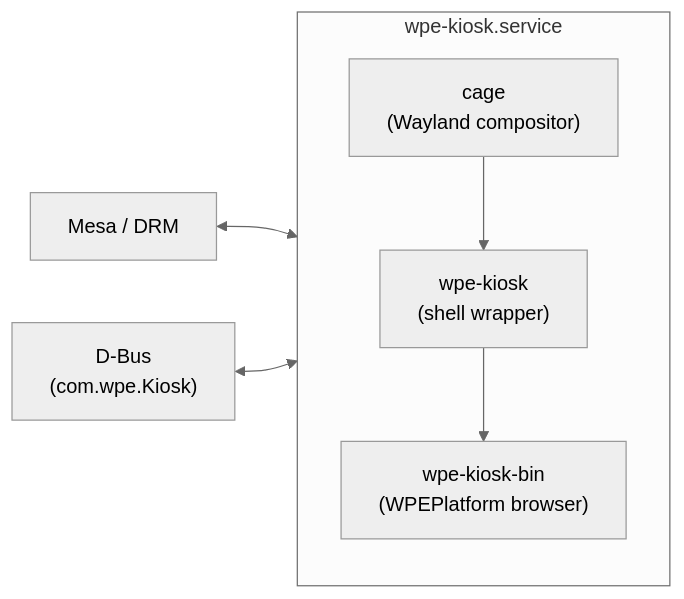
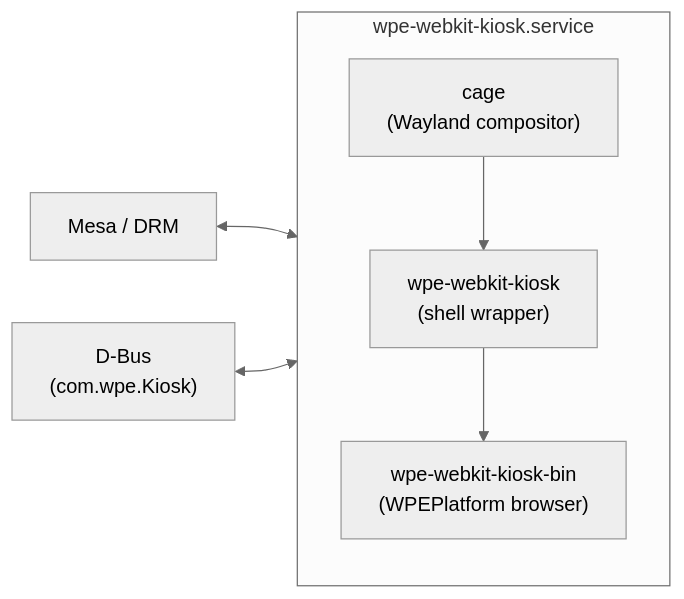
Before and after one commit to tomasz-mizak/wpe-webkit-kiosk: the first of 2 diagrams in README.md, drawn with Mermaid (neutral theme). The commit also changed other lines of this file and 5 other files, not shown here.

First line of the commit message:
refactor: rename package from wpe-kiosk to wpe-webkit-kiosk

````diff
--- a/README.md
+++ b/README.md
@@ -66,14 +66,14 @@
 ```mermaid
 flowchart LR
-    subgraph Service["wpe-kiosk.service"]
+    subgraph Service["wpe-webkit-kiosk.service"]
         direction TB
         CAGE["cage\n(Wayland compositor)"]
-        WRAPPER["wpe-kiosk\n(shell wrapper)"]
-        BIN["wpe-kiosk-bin\n(WPEPlatform browser)"]
+        WRAPPER["wpe-webkit-kiosk\n(shell wrapper)"]
+        BIN["wpe-webkit-kiosk-bin\n(WPEPlatform browser)"]
 
         CAGE --> WRAPPER --> BIN
     end
 
     GPU["Mesa / DRM"] <--> CAGE
     DBUS["D-Bus\n(com.wpe.Kiosk)"] <--> BIN
 ```
````
